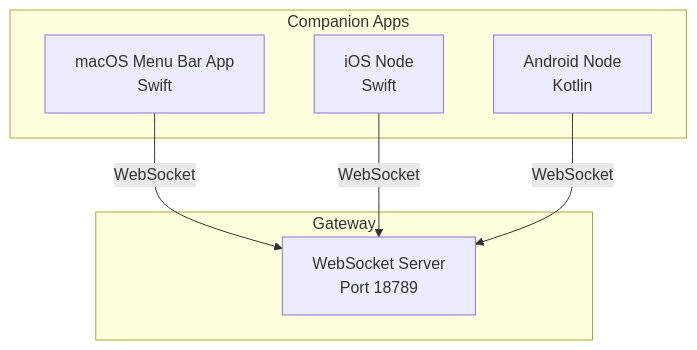
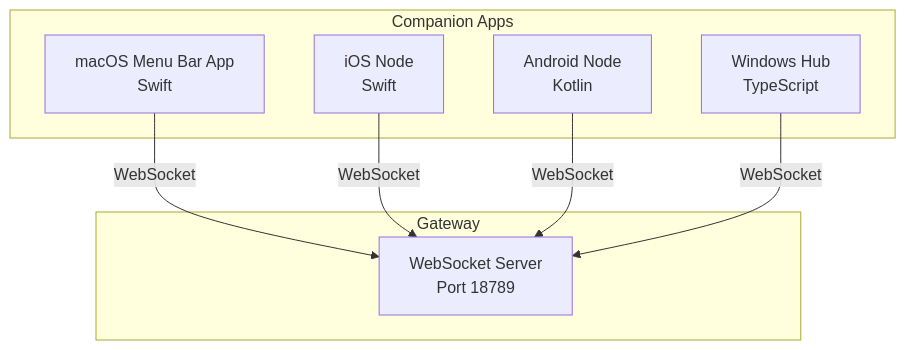
Before and after one commit to chihhung/Blog: diagram 17 of 51 in content/posts/教學/AI開發/OpenClaw生態系教學手冊.md, drawn with Mermaid. The commit also changed other lines of this file and 22 other files, not shown here.

````diff
--- a/content/posts/教學/AI開發/OpenClaw生態系教學手冊.md
+++ b/content/posts/教學/AI開發/OpenClaw生態系教學手冊.md
@@ -1372,16 +1378,18 @@
 ```mermaid
 graph TB
     subgraph "Companion Apps"
         MAC[macOS Menu Bar App<br>Swift]
         IOS[iOS Node<br>Swift]
         AND[Android Node<br>Kotlin]
+        WIN[Windows Hub<br>TypeScript]
     end
     
     subgraph "Gateway"
         WS[WebSocket Server<br>Port 18789]
     end
     
     MAC -->|WebSocket| WS
     IOS -->|WebSocket| WS
     AND -->|WebSocket| WS
+    WIN -->|WebSocket| WS
 ```
````
